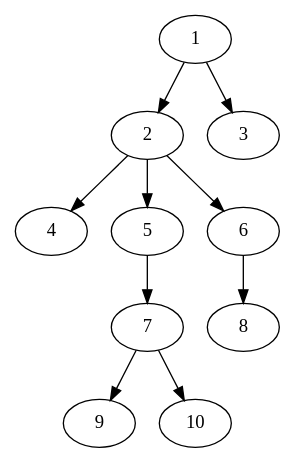
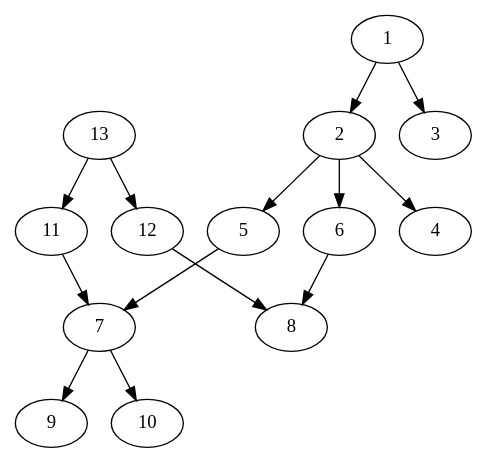
One commit to Toptachamann/Lca_Finder changed the diagram in graph/graph.dot. Above: the diagram before and after it, drawn with Graphviz. The commit also changed 12 other files, not shown here.

```diff
--- a/graph/graph.dot
+++ b/graph/graph.dot
@@ -1,7 +1,9 @@
 digraph {
     1 -> 2 -> 4;
     2 -> 5 -> 7 -> 9;
     7 -> 10;
     2 -> 6 -> 8;
     1 -> 3;
+    13 -> 11 -> 7;
+    13 -> 12 -> 8;
 }
```
